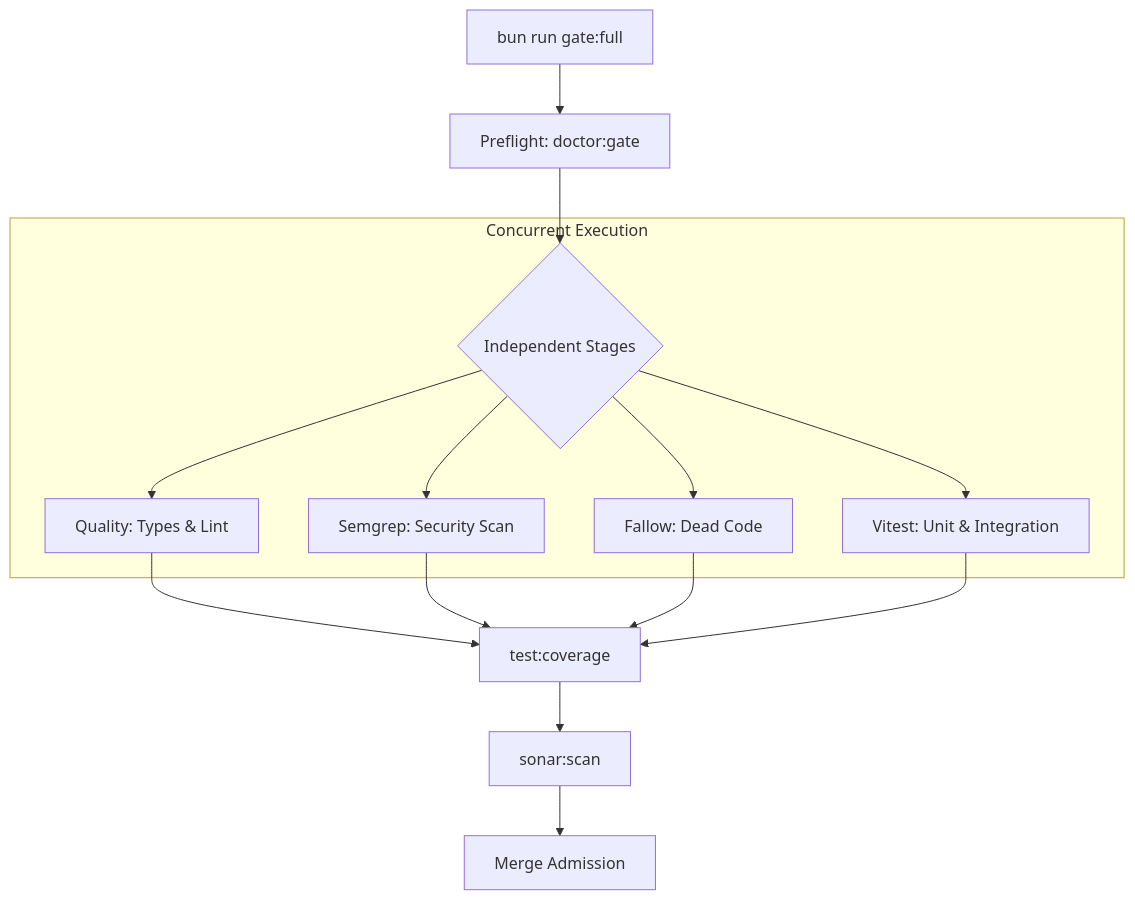
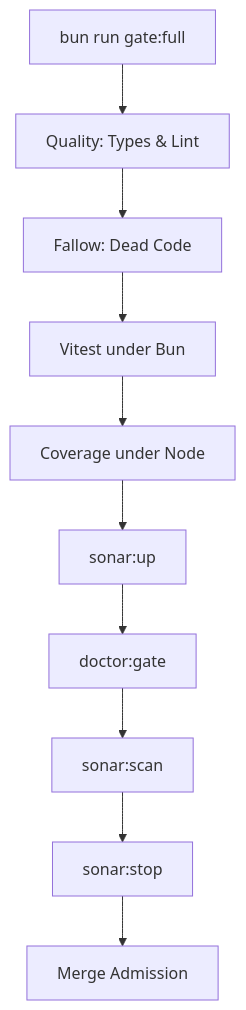
One commit to immagiov4/Nous changed the first of 2 diagrams in .cubic/wiki/09-section-tools/02-p-testing-quality.md. Above: the diagram before and after it, drawn with Mermaid. The commit also changed other lines of this file and 21 other files, not shown here.

````diff
--- a/.cubic/wiki/09-section-tools/02-p-testing-quality.md
+++ b/.cubic/wiki/09-section-tools/02-p-testing-quality.md
@@ -45,16 +45,12 @@
 ```mermaid
 flowchart TD
-    Start[bun run gate:full] --> Pre[Preflight: doctor:gate]
-    Pre --> Independent{Independent Stages}
-    
-    subgraph Parallel[Concurrent Execution]
-        Independent --> Q[Quality: Types & Lint]
-        Independent --> S[Semgrep: Security Scan]
-        Independent --> F[Fallow: Dead Code]
-        Independent --> T[Vitest: Unit & Integration]
-    end
-    
-    Q & S & F & T --> Cov[test:coverage]
-    Cov --> Sonar[sonar:scan]
-    Sonar --> End[Merge Admission]
+    Start[bun run gate:full] --> Q[Quality: Types & Lint]
+    Q --> F[Fallow: Dead Code]
+    F --> T[Vitest under Bun]
+    T --> Cov[Coverage under Node]
+    Cov --> Up[sonar:up]
+    Up --> Preflight[doctor:gate]
+    Preflight --> Sonar[sonar:scan]
+    Sonar --> Stop[sonar:stop]
+    Stop --> End[Merge Admission]
 ```
````
